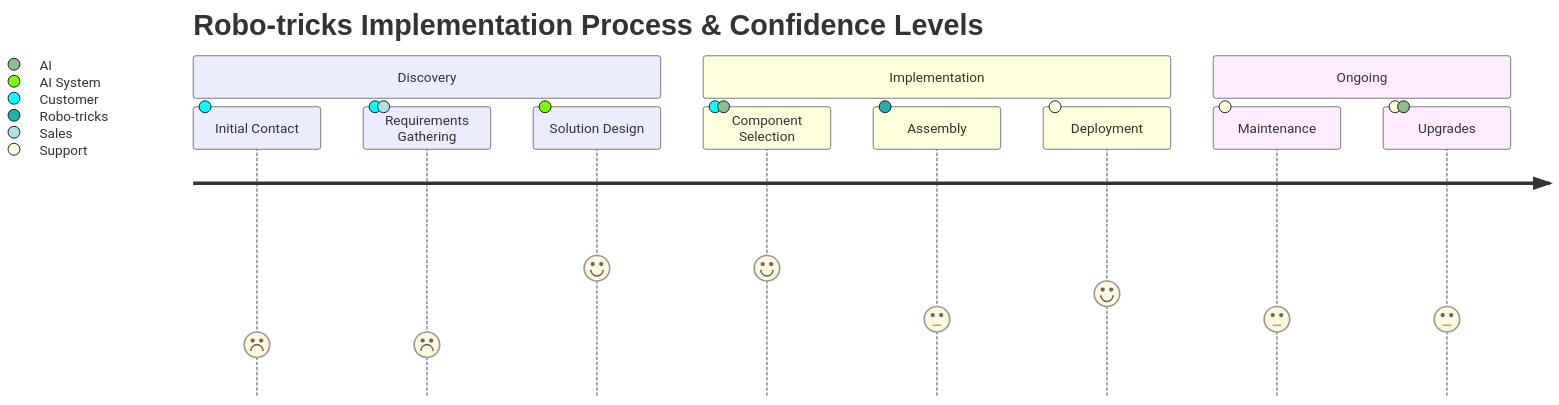
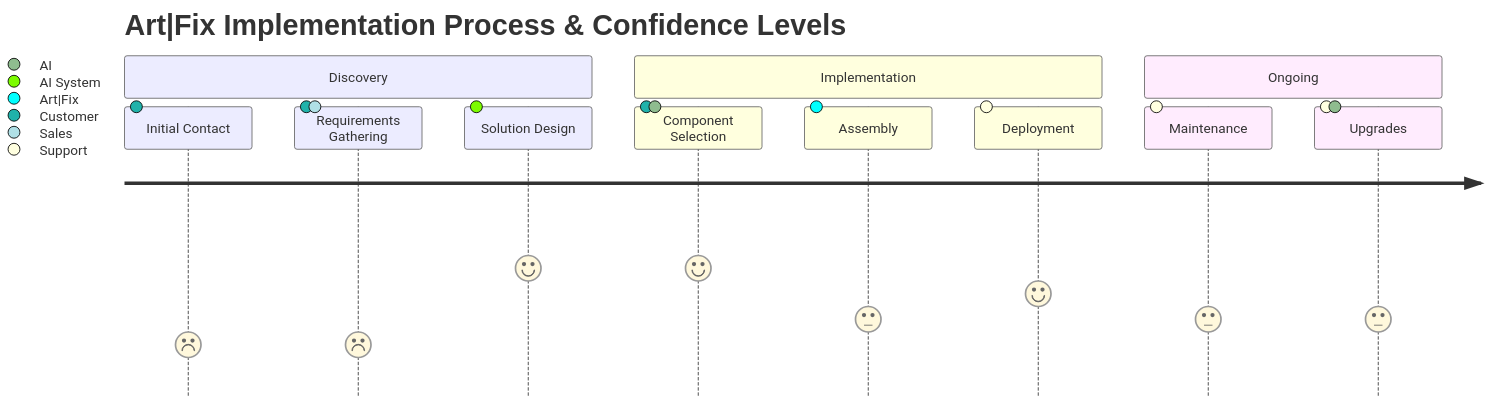
The fourth of 6 diagrams in Pitch/presentation.md (CatsMeow492/Sepulki), drawn with Mermaid before and after one commit. The commit also changed other lines of this file and 1 other file, not shown here.

````diff
--- a/Pitch/presentation.md
+++ b/Pitch/presentation.md
@@ -131,15 +131,15 @@
 ```mermaid
 journey
-    title Robo-tricks Implementation Process & Confidence Levels
+    title Art|Fix Implementation Process & Confidence Levels
     section Discovery
       Initial Contact: 2: Customer
       Requirements Gathering: 2: Customer, Sales
       Solution Design: 5: AI System
     section Implementation
       Component Selection: 5: Customer, AI
-      Assembly: 3: Robo-tricks
+      Assembly: 3: Art|Fix
       Deployment: 4: Support
     section Ongoing
       Maintenance: 3: Support
       Upgrades: 3: Support, AI
 ```
````
